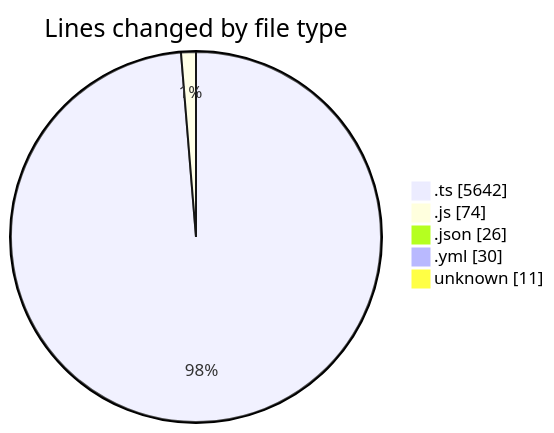
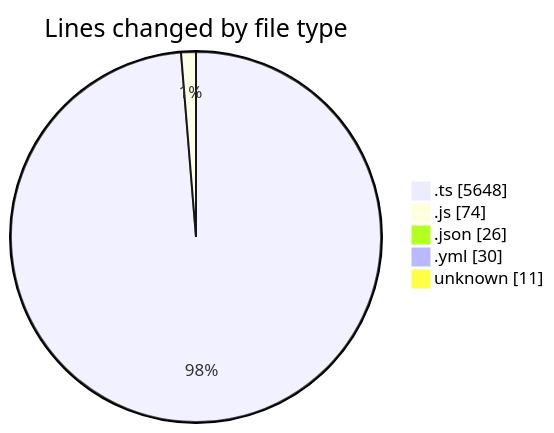
The first of 2 diagrams in 2026-02-07/singularitybrainai/README.md (tmsrecording-cyber/code-tracking), drawn with Mermaid before and after one commit. The commit also changed other lines of this file and 1 other file, not shown here.

````diff
--- a/2026-02-07/singularitybrainai/README.md
+++ b/2026-02-07/singularitybrainai/README.md
@@ -37,9 +37,9 @@
 ```mermaid
 pie showData
 title Lines changed by file type
-".ts" : 5642
+".ts" : 5648
 ".js" : 74
 ".json" : 26
 ".yml" : 30
 "unknown" : 11
 ```
````
